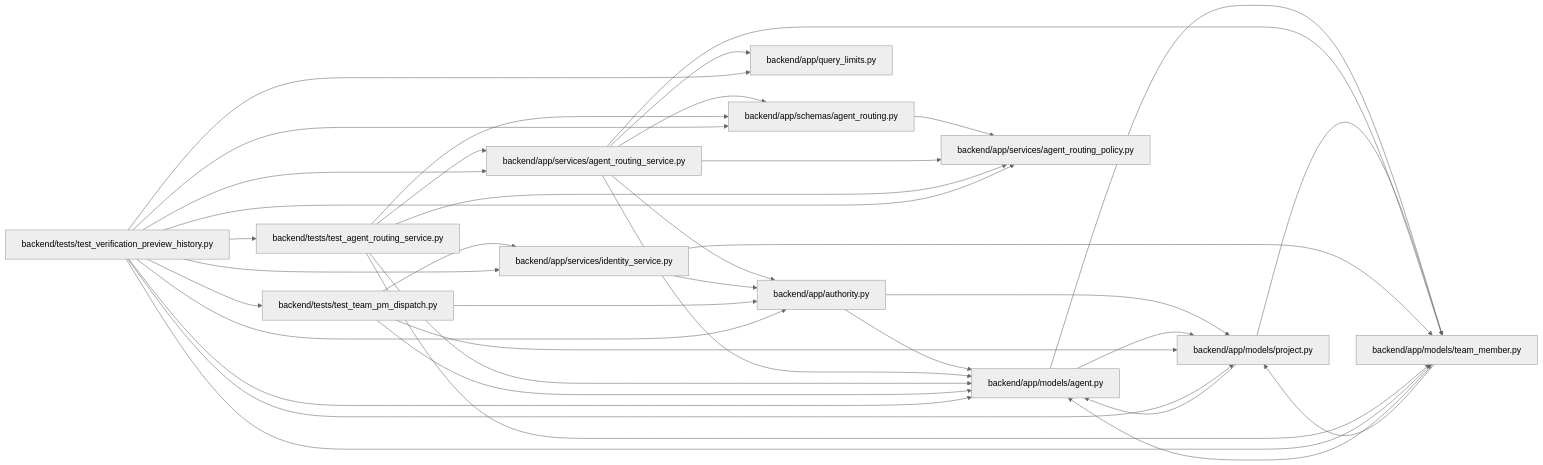
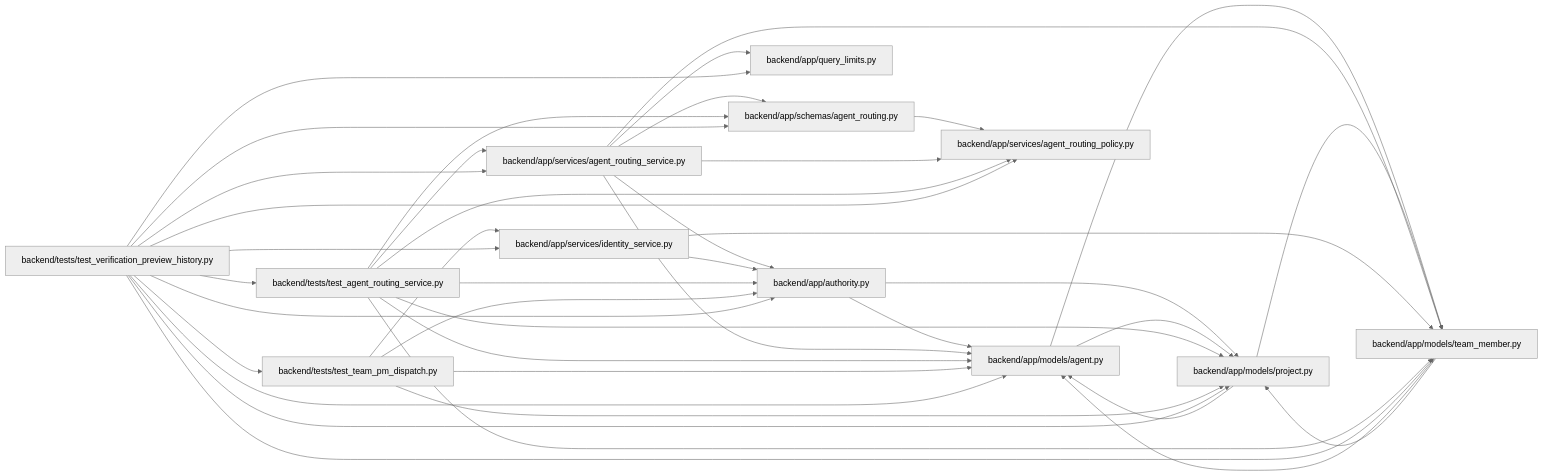
One commit to Denissvgn/WorkChord changed the diagram in docs/llm_wiki/modules/test_verification_preview_history.md. Above: the diagram before and after it, drawn with Mermaid (neutral theme). The commit also changed 911 other files, not shown here.

Commit message:
Sync the architectural wiki for deployment qualification keys

````diff
--- a/docs/llm_wiki/modules/test_verification_preview_history.md
+++ b/docs/llm_wiki/modules/test_verification_preview_history.md
@@ -34,64 +34,66 @@
 ```mermaid
 flowchart LR
     n0["backend/app/authority.py"]
     n1["backend/app/models/agent.py"]
     n2["backend/app/models/project.py"]
     n3["backend/app/models/team_member.py"]
     n4["backend/app/query_limits.py"]
     n5["backend/app/schemas/agent_routing.py"]
     n6["backend/app/services/agent_routing_policy.py"]
     n7["backend/app/services/agent_routing_service.py"]
     n8["backend/app/services/identity_service.py"]
     n9["backend/tests/test_agent_routing_service.py"]
     n10["backend/tests/test_team_pm_dispatch.py"]
     n11["backend/tests/test_verification_preview_history.py"]
     n0 --> n1
     n0 --> n2
     n1 --> n2
     n1 --> n3
     n2 --> n1
     n2 --> n3
     n3 --> n1
     n3 --> n2
     n5 --> n6
     n7 --> n0
     n7 --> n1
     n7 --> n3
     n7 --> n4
     n7 --> n5
     n7 --> n6
     n8 --> n0
     n8 --> n3
+    n9 --> n0
     n9 --> n1
+    n9 --> n2
     n9 --> n3
     n9 --> n5
     n9 --> n6
     n9 --> n7
     n10 --> n0
     n10 --> n1
     n10 --> n2
     n10 --> n8
     n11 --> n0
     n11 --> n1
     n11 --> n2
     n11 --> n3
     n11 --> n4
     n11 --> n5
     n11 --> n6
     n11 --> n7
     n11 --> n8
     n11 --> n9
     n11 --> n10
     click n0 "../modules/authority.md"
     click n1 "../modules/models_agent.md"
     click n2 "../modules/models_project.md"
     click n3 "../modules/team_member.md"
     click n4 "../modules/query_limits.md"
     click n5 "../modules/agent_routing.md"
     click n6 "../modules/agent_routing_policy.md"
     click n7 "../modules/agent_routing_service.md"
     click n8 "../modules/identity_service.md"
     click n9 "../modules/test_agent_routing_service.md"
     click n10 "../modules/test_team_pm_dispatch.md"
     click n11 "../modules/test_verification_preview_history.md"
 ```
````
